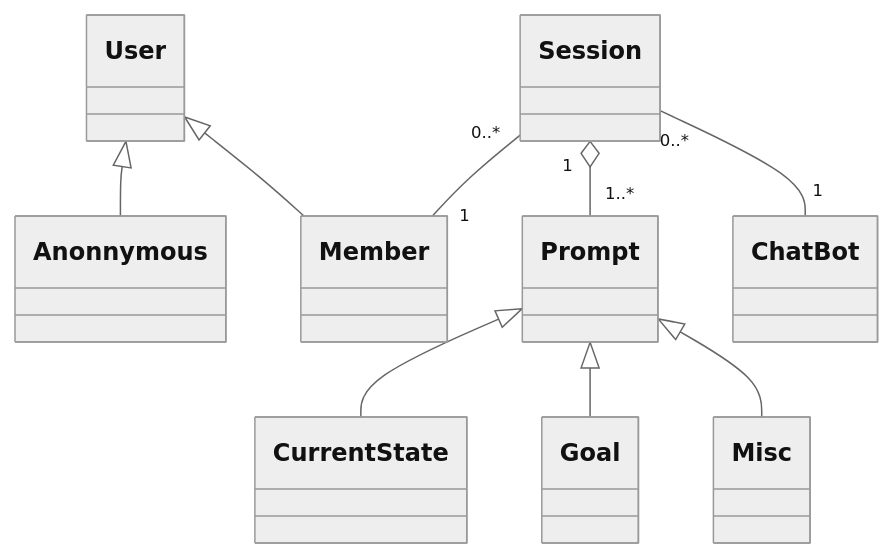
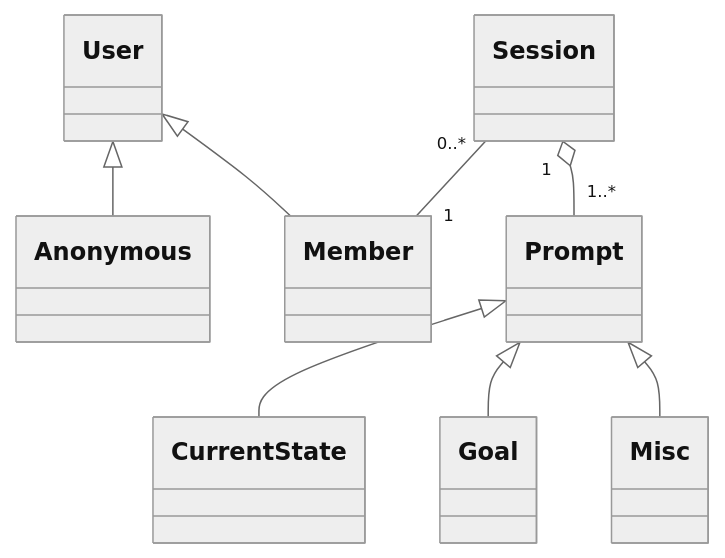
Before and after one commit to ChoiWheatley/ChoiWheatley.github.io: the second of 4 diagrams in docs/3차 프로젝트, ChatGPT를 이용한 챗봇 애플리케이션 - estsoft {Django, DRF}.md, drawn with Mermaid (neutral theme). The commit also changed other lines of this file, not shown here.

````diff
--- a/docs/3차 프로젝트, ChatGPT를 이용한 챗봇 애플리케이션 - estsoft {Django, DRF}.md
+++ b/docs/3차 프로젝트, ChatGPT를 이용한 챗봇 애플리케이션 - estsoft {Django, DRF}.md
@@ -99,11 +99,10 @@
 ```mermaid
 classDiagram 
-	User <|-- Anonnymous
+	User <|-- Anonymous
 	User <|-- Member
 	Session "0..*" -- "1" Member
 	Session "1" o-- "1..*" Prompt
 	Prompt <|-- CurrentState
 	Prompt <|-- Goal
 	Prompt <|-- Misc
-	Session "0..*" -- "1" ChatBot
 ```
````
